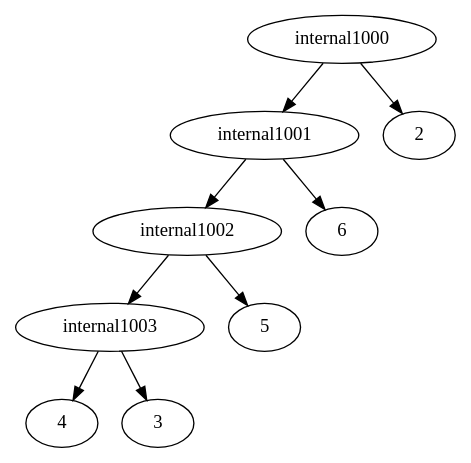
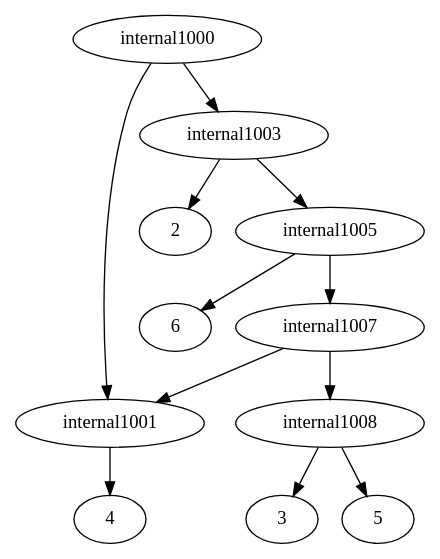
One commit to solislemuslab/phylo-knit changed the diagram in New/Server/upload.dot. Above: the diagram before and after it, drawn with Graphviz. The commit also changed 17 other files, not shown here.

```diff
--- a/New/Server/upload.dot
+++ b/New/Server/upload.dot
@@ -1,10 +1,14 @@
 strict digraph G1 {
 internal1000 -> internal1001
-internal1000 -> 2
-internal1001 -> internal1002
-internal1001 -> 6
-internal1002 -> internal1003
-internal1002 -> 5
-internal1003 -> 4
-internal1003 -> 3
+internal1000 -> internal1003
+internal1001 -> 4
+internal1003 -> 2
+internal1003 -> internal1005
+internal1005 -> 6
+internal1005 -> internal1007
+internal1007 -> internal1008
+internal1007 -> internal1001
+internal1008 -> 3
+internal1008 -> 5
+internal1001 -> 4
 }
```
